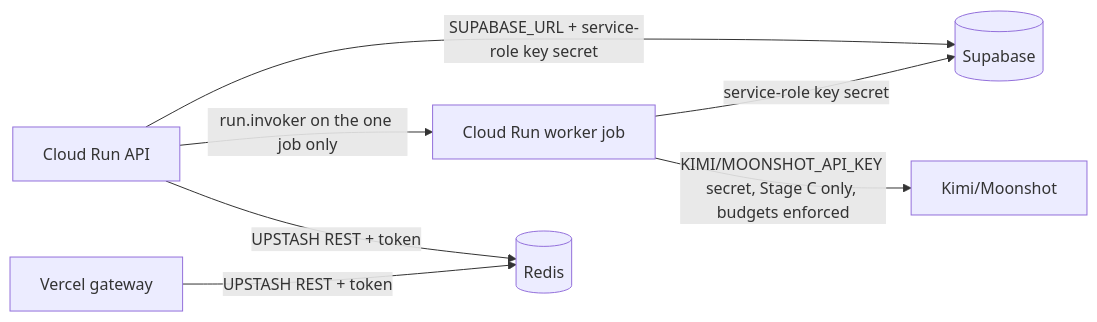
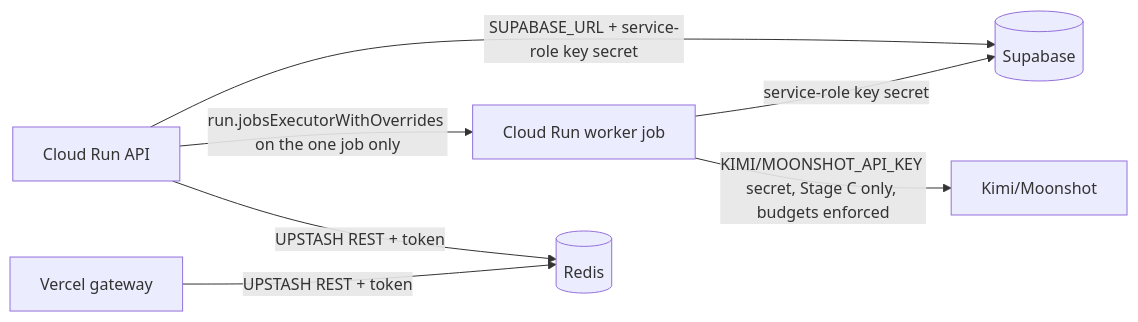
The second of 6 diagrams in docs/production-readiness/ARCHITECTURE.md (giladscore494/milo-agent-workspace), drawn with Mermaid before and after one commit. The commit also changed other lines of this file and 14 other files, not shown here.

````diff
--- a/docs/production-readiness/ARCHITECTURE.md
+++ b/docs/production-readiness/ARCHITECTURE.md
@@ -78,9 +88,9 @@
 ```mermaid
 flowchart LR
     A[Cloud Run API] -->|SUPABASE_URL + service-role key secret| S[(Supabase)]
-    A -->|run.invoker on the one job only| W[Cloud Run worker job]
+    A -->|run.jobsExecutorWithOverrides on the one job only| W[Cloud Run worker job]
     W -->|service-role key secret| S
     W -->|KIMI/MOONSHOT_API_KEY secret, Stage C only, budgets enforced| P[Kimi/Moonshot]
     A -->|UPSTASH REST + token| R[(Redis)]
     G[Vercel gateway] -->|UPSTASH REST + token| R
 ```
````
